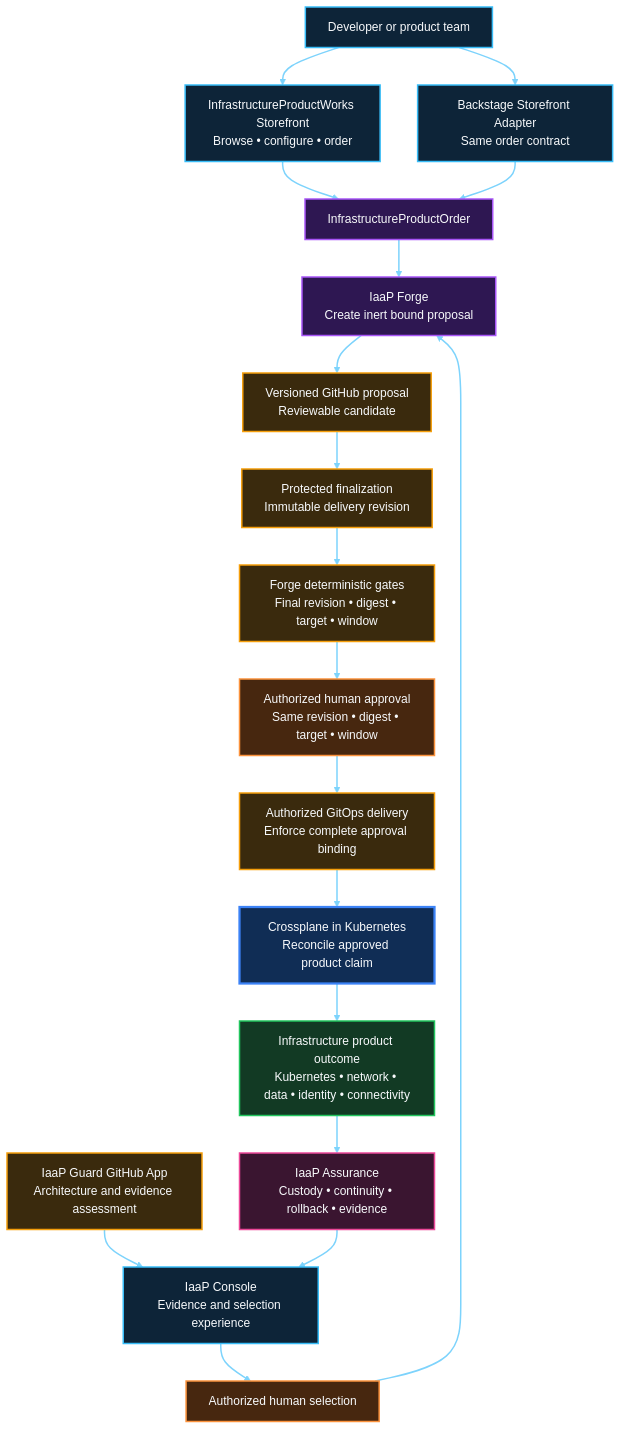
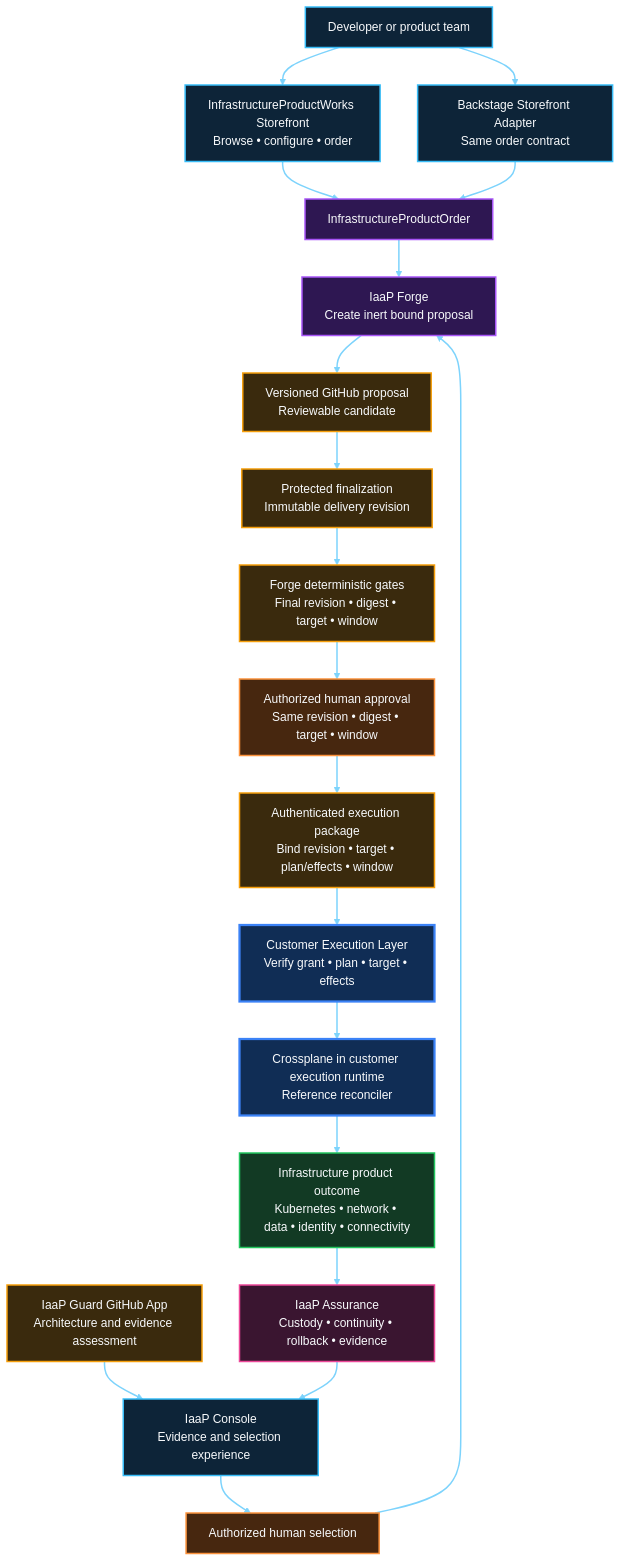
Before and after one commit to InfrastructureProductWorks/ai-powered-infrastructure-as-a-product: the first of 5 diagrams in docs/PRODUCT-ARCHITECTURE.md, drawn with Mermaid. The commit also changed other lines of this file, not shown here.

Commit message:
docs: route runtime architecture through CEL

````diff
--- a/docs/PRODUCT-ARCHITECTURE.md
+++ b/docs/PRODUCT-ARCHITECTURE.md
@@ -10,54 +10,56 @@
 ```mermaid
 flowchart TB
   DEV["Developer or product team"]
   STORE["InfrastructureProductWorks Storefront<br/>Browse • configure • order"]
   BS["Backstage Storefront Adapter<br/>Same order contract"]
   ORDER["InfrastructureProductOrder"]
   GUARD["IaaP Guard GitHub App<br/>Architecture and evidence assessment"]
   CONSOLE["IaaP Console<br/>Evidence and selection experience"]
   SELECT["Authorized human selection"]
   FORGE["IaaP Forge<br/>Create inert bound proposal"]
   REVISION["Versioned GitHub proposal<br/>Reviewable candidate"]
   FINAL["Protected finalization<br/>Immutable delivery revision"]
   VALIDATE["Forge deterministic gates<br/>Final revision • digest • target • window"]
   APPROVE["Authorized human approval<br/>Same revision • digest • target • window"]
-  DELIVERY["Authorized GitOps delivery<br/>Enforce complete approval binding"]
-  CONTROL["Crossplane in Kubernetes<br/>Reconcile approved product claim"]
+  DELIVERY["Authenticated execution package<br/>Bind revision • target • plan/effects • window"]
+  CEL["Customer Execution Layer<br/>Verify grant • plan • target • effects"]
+  CONTROL["Crossplane in customer execution runtime<br/>Reference reconciler"]
   OUTCOME["Infrastructure product outcome<br/>Kubernetes • network • data • identity • connectivity"]
   ASSURE["IaaP Assurance<br/>Custody • continuity • rollback • evidence"]
 
   DEV --> STORE
   DEV --> BS
   STORE --> ORDER
   BS --> ORDER
   GUARD --> CONSOLE
   CONSOLE --> SELECT
   ORDER --> FORGE
   SELECT --> FORGE
   FORGE --> REVISION
   REVISION --> FINAL
   FINAL --> VALIDATE
   VALIDATE --> APPROVE
   APPROVE --> DELIVERY
-  DELIVERY --> CONTROL
+  DELIVERY --> CEL
+  CEL --> CONTROL
   CONTROL --> OUTCOME
   OUTCOME --> ASSURE
   ASSURE --> CONSOLE
 
   classDef experience fill:#0D2438,stroke:#38BDF8,stroke-width:2px,color:#F8FAFC
   classDef product fill:#2E1752,stroke:#A855F7,stroke-width:2px,color:#F8FAFC
   classDef governance fill:#3A2A0D,stroke:#F59E0B,stroke-width:2px,color:#F8FAFC
   classDef human fill:#47270F,stroke:#FB923C,stroke-width:2px,color:#F8FAFC
   classDef control fill:#102D55,stroke:#3B82F6,stroke-width:3px,color:#F8FAFC
   classDef outcome fill:#123A24,stroke:#22C55E,stroke-width:2px,color:#F8FAFC
   classDef evidence fill:#3A1530,stroke:#EC4899,stroke-width:2px,color:#F8FAFC
   class DEV,STORE,BS,CONSOLE experience
   class ORDER,FORGE product
   class GUARD,REVISION,FINAL,VALIDATE governance
   class SELECT,APPROVE human
   class DELIVERY governance
-  class CONTROL control
+  class CEL,CONTROL control
   class OUTCOME outcome
   class ASSURE evidence
   linkStyle default stroke:#7DD3FC,stroke-width:2px
 ```
````
